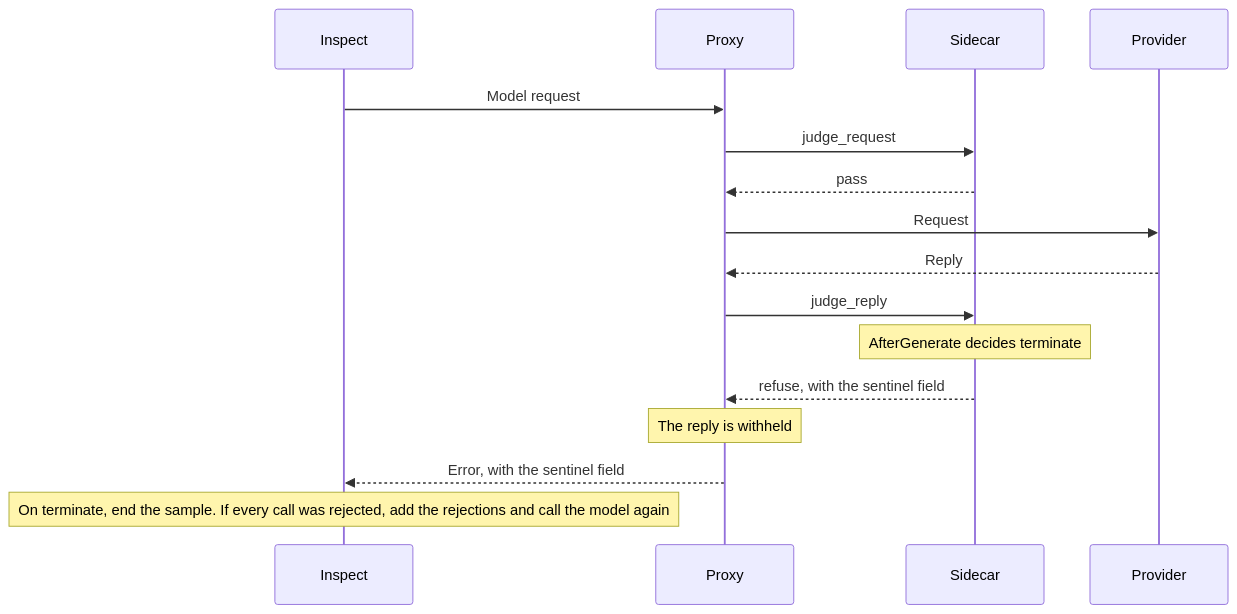
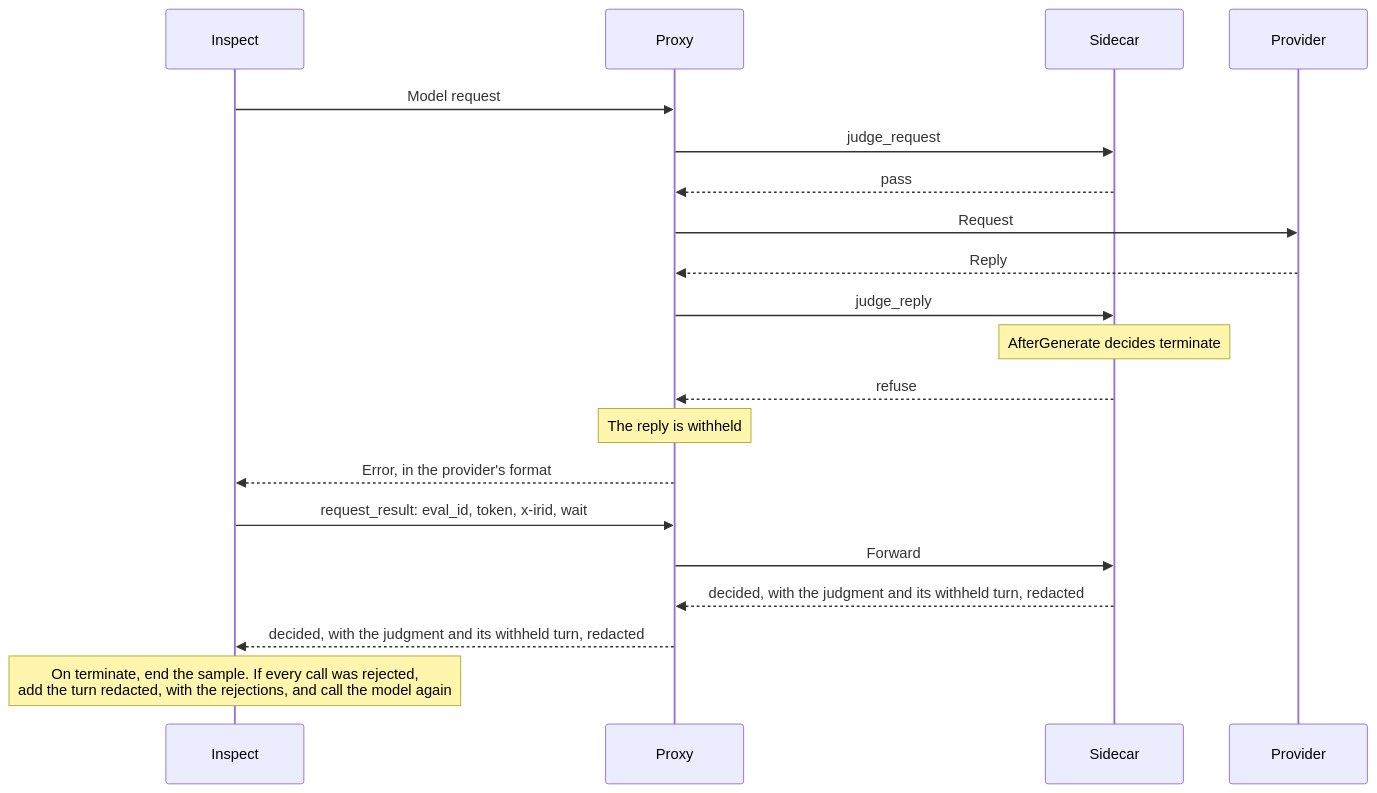
Before and after one commit to meridianlabs-ai/inspect_sentinel: the sixth of 9 diagrams in design/sidecar.md, drawn with Mermaid. The commit also changed other lines of this file and 2 other files, not shown here.

First line of the commit message:
docs(design): ask the sidecar for each judgment instead of reading a field from replies

````diff
--- a/design/sidecar.md
+++ b/design/sidecar.md
@@ -744,18 +773,22 @@
 ```mermaid
 sequenceDiagram
     participant I as Inspect
     participant P as Proxy
     participant S as Sidecar
     participant M as Provider
     I->>P: Model request
     P->>S: judge_request
     S-->>P: pass
     P->>M: Request
     M-->>P: Reply
     P->>S: judge_reply
     Note over S: AfterGenerate decides terminate
-    S-->>P: refuse, with the sentinel field
+    S-->>P: refuse
     Note over P: The reply is withheld
-    P-->>I: Error, with the sentinel field
-    Note over I: On terminate, end the sample. If every call was rejected, add the rejections and call the model again
+    P-->>I: Error, in the provider's format
+    I->>P: request_result: eval_id, token, x-irid, wait
+    P->>S: Forward
+    S-->>P: decided, with the judgment and its withheld turn, redacted
+    P-->>I: decided, with the judgment and its withheld turn, redacted
+    Note over I: On terminate, end the sample. If every call was rejected,<br/>add the turn redacted, with the rejections, and call the model again
 ```
````
